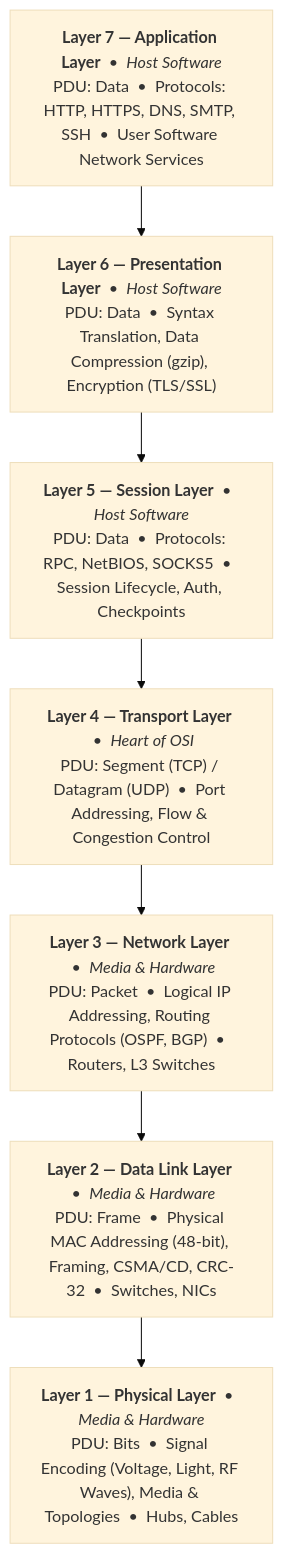
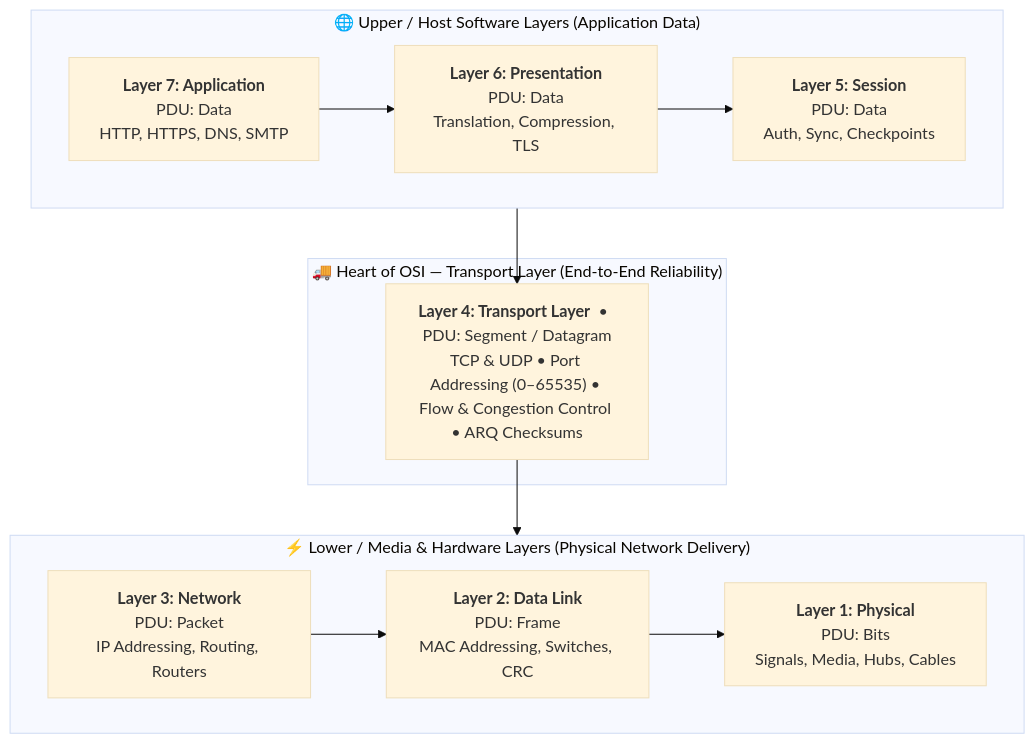
Before and after one commit to rohithgowda18/Notes: the first of 5 diagrams in 03-Computer-Networks/OSI-Model-7-Layers.md, drawn with Mermaid (base theme).

Commit message:
style: restructure 7-layer architecture diagram into horizontally expanded 3-tier layout

````diff
--- a/03-Computer-Networks/OSI-Model-7-Layers.md
+++ b/03-Computer-Networks/OSI-Model-7-Layers.md
@@ -36,12 +36,25 @@
 ```mermaid
 flowchart TD
-    L7["<b>Layer 7 — Application Layer</b> &nbsp;&bull;&nbsp; <i>Host Software</i><br/>PDU: Data &nbsp;&bull;&nbsp; Protocols: HTTP, HTTPS, DNS, SMTP, SSH &nbsp;&bull;&nbsp; User Software Network Services"]
-    L6["<b>Layer 6 — Presentation Layer</b> &nbsp;&bull;&nbsp; <i>Host Software</i><br/>PDU: Data &nbsp;&bull;&nbsp; Syntax Translation, Data Compression (gzip), Encryption (TLS/SSL)"]
-    L5["<b>Layer 5 — Session Layer</b> &nbsp;&bull;&nbsp; <i>Host Software</i><br/>PDU: Data &nbsp;&bull;&nbsp; Protocols: RPC, NetBIOS, SOCKS5 &nbsp;&bull;&nbsp; Session Lifecycle, Auth, Checkpoints"]
-    L4["<b>Layer 4 — Transport Layer</b> &nbsp;&bull;&nbsp; <i>Heart of OSI</i><br/>PDU: Segment (TCP) / Datagram (UDP) &nbsp;&bull;&nbsp; Port Addressing, Flow & Congestion Control"]
-    L3["<b>Layer 3 — Network Layer</b> &nbsp;&bull;&nbsp; <i>Media & Hardware</i><br/>PDU: Packet &nbsp;&bull;&nbsp; Logical IP Addressing, Routing Protocols (OSPF, BGP) &nbsp;&bull;&nbsp; Routers, L3 Switches"]
-    L2["<b>Layer 2 — Data Link Layer</b> &nbsp;&bull;&nbsp; <i>Media & Hardware</i><br/>PDU: Frame &nbsp;&bull;&nbsp; Physical MAC Addressing (48-bit), Framing, CSMA/CD, CRC-32 &nbsp;&bull;&nbsp; Switches, NICs"]
-    L1["<b>Layer 1 — Physical Layer</b> &nbsp;&bull;&nbsp; <i>Media & Hardware</i><br/>PDU: Bits &nbsp;&bull;&nbsp; Signal Encoding (Voltage, Light, RF Waves), Media & Topologies &nbsp;&bull;&nbsp; Hubs, Cables"]
+    subgraph Host["🌐 Upper / Host Software Layers (Application Data)"]
+        direction LR
+        L7["<b>Layer 7: Application</b><br/>PDU: Data<br/>HTTP, HTTPS, DNS, SMTP"]
+        L6["<b>Layer 6: Presentation</b><br/>PDU: Data<br/>Translation, Compression, TLS"]
+        L5["<b>Layer 5: Session</b><br/>PDU: Data<br/>Auth, Sync, Checkpoints"]
+        L7 --> L6 --> L5
+    end
 
-    L7 --> L6 --> L5 --> L4 --> L3 --> L2 --> L1
+    subgraph Heart["🚚 Heart of OSI — Transport Layer (End-to-End Reliability)"]
+        L4["<b>Layer 4: Transport Layer</b> &nbsp;&bull;&nbsp; PDU: Segment / Datagram<br/>TCP & UDP &bull; Port Addressing (0–65535) &bull; Flow & Congestion Control &bull; ARQ Checksums"]
+    end
+
+    subgraph Media["⚡ Lower / Media & Hardware Layers (Physical Network Delivery)"]
+        direction LR
+        L3["<b>Layer 3: Network</b><br/>PDU: Packet<br/>IP Addressing, Routing, Routers"]
+        L2["<b>Layer 2: Data Link</b><br/>PDU: Frame<br/>MAC Addressing, Switches, CRC"]
+        L1["<b>Layer 1: Physical</b><br/>PDU: Bits<br/>Signals, Media, Hubs, Cables"]
+        L3 --> L2 --> L1
+    end
+
+    L5 --> L4
+    L4 --> L3
 ```
````
